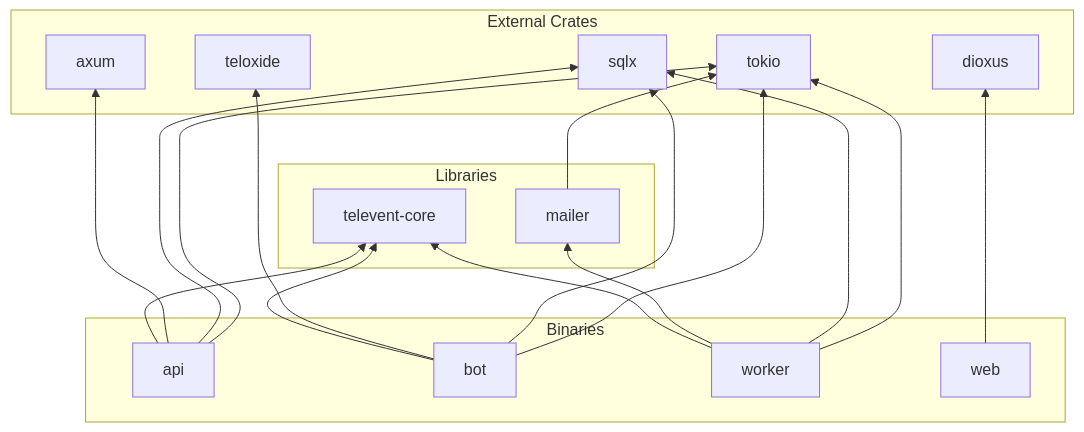
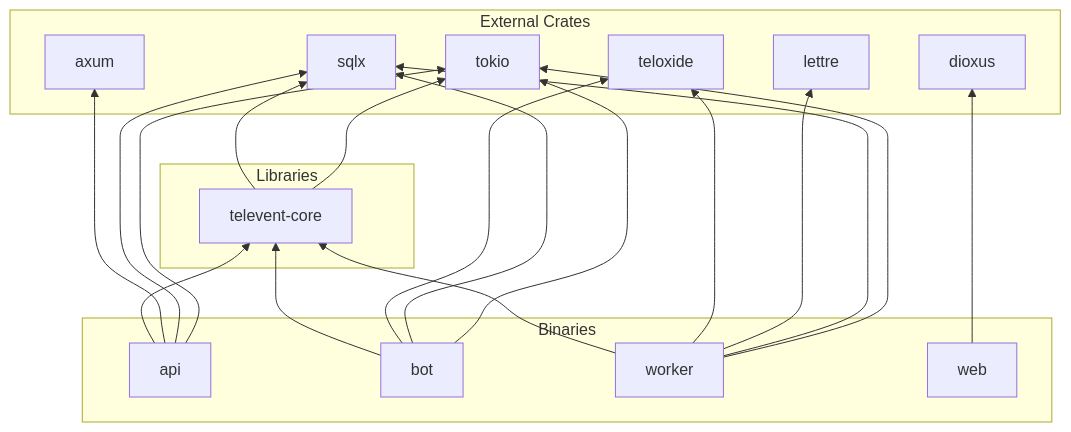
Before and after one commit to kirilledition/televent: the second of 7 diagrams in docs/ARCHITECTURE.md, drawn with Mermaid. The commit also changed other lines of this file and 20 other files, not shown here.

````diff
--- a/docs/ARCHITECTURE.md
+++ b/docs/ARCHITECTURE.md
@@ -61,41 +60,43 @@
 ```mermaid
 graph BT
     subgraph "Binaries"
         API[api]
         BOT[bot]
         WORKER[worker]
         WEB[web]
     end
 
     subgraph "Libraries"
         CORE[televent-core]
-        MAILER[mailer]
     end
 
     subgraph "External Crates"
         AXUM[axum]
         SQLX[sqlx]
         TELOXIDE[teloxide]
         DIOXUS[dioxus]
         TOKIO[tokio]
+        LETTRE[lettre]
     end
 
     API --> CORE
     API --> AXUM
     API --> SQLX
     API --> TOKIO
 
     BOT --> CORE
     BOT --> TELOXIDE
     BOT --> SQLX
     BOT --> TOKIO
 
     WORKER --> CORE
-    WORKER --> MAILER
+    WORKER --> TELOXIDE
+    WORKER --> LETTRE
     WORKER --> SQLX
     WORKER --> TOKIO
 
     WEB --> DIOXUS
 
-    MAILER --> TOKIO
+    CORE --> SQLX
+    CORE --> TOKIO
 ```
````
